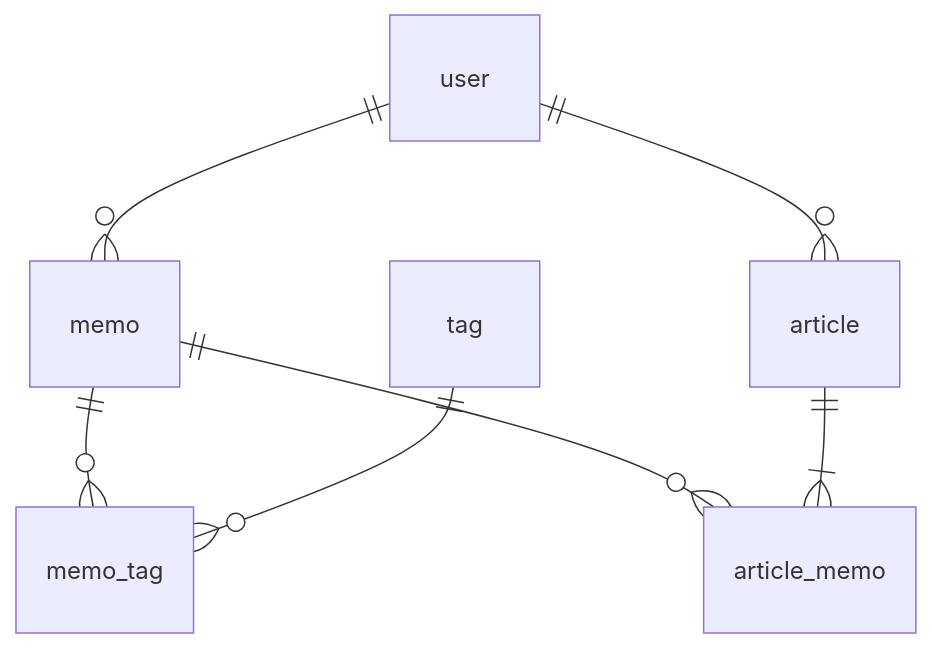
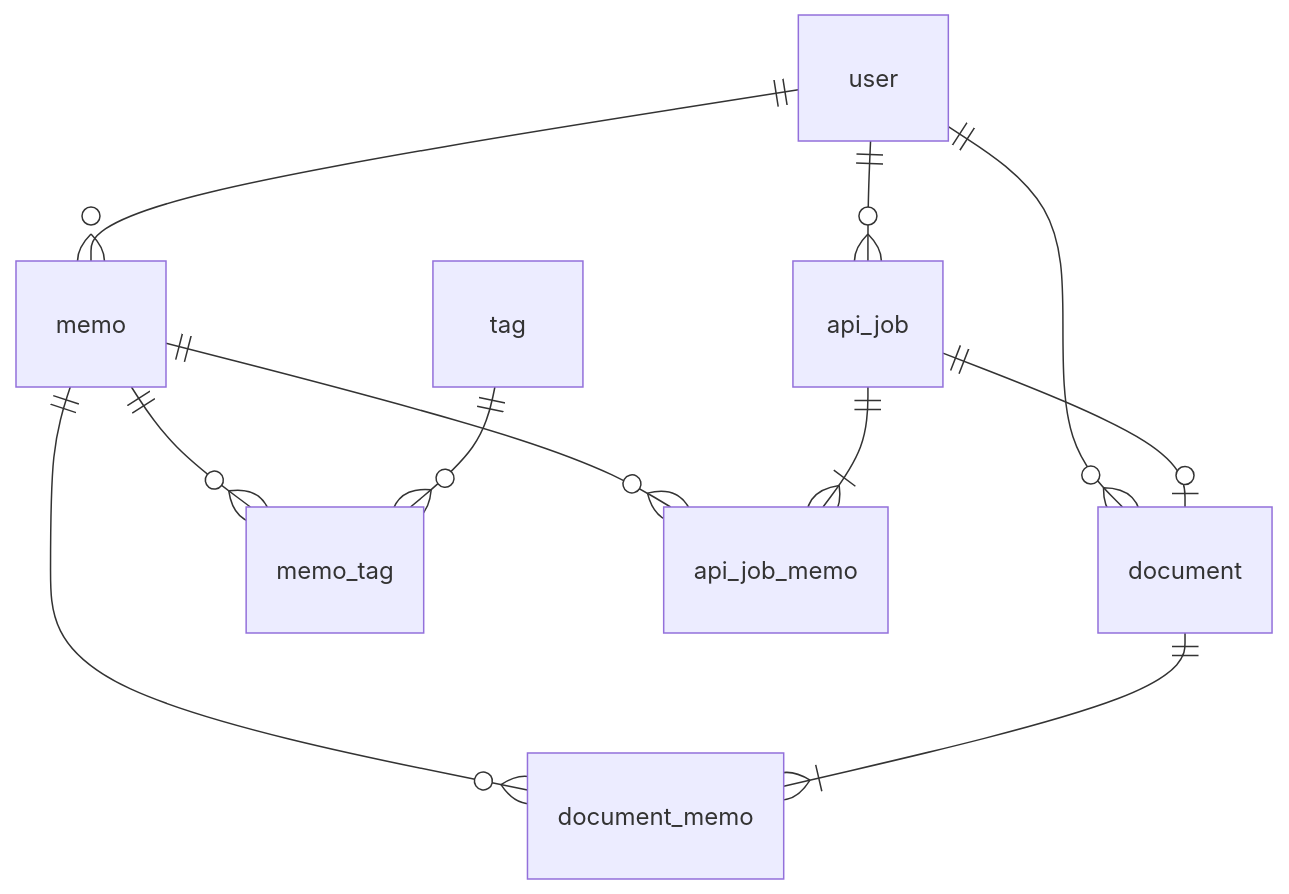
Before and after one commit to joyrswd/memodoc: the diagram in doc/databse.md, drawn with Mermaid. The commit also changed other lines of this file and 29 other files, not shown here.

````diff
--- a/doc/databse.md
+++ b/doc/databse.md
@@ -2,28 +2,22 @@
 ```mermaid
 erDiagram
 
-user {
-}
-
-memo {
-}
-
-tag {
-}
-
-article {
-}
-
-memo_tag {
-}
-
-article_memo {
-}
+user {}
+memo {}
+tag {}
+document {}
+api_job {}
+memo_tag {}
+document_memo {}
 
 user ||--o{ memo : ""
-user ||--o{ article : ""
+user ||--o{ document : ""
+user ||--o{ api_job : ""
 memo ||--o{ memo_tag : ""
+memo ||--o{ document_memo : ""
+memo ||--o{ api_job_memo : ""
 tag ||--o{ memo_tag : ""
-memo ||--o{ article_memo : ""
-article ||--|{ article_memo : ""
+document ||--|{ document_memo : ""
+api_job ||--o| document : ""
+api_job ||--|{ api_job_memo : ""
 ```
````
